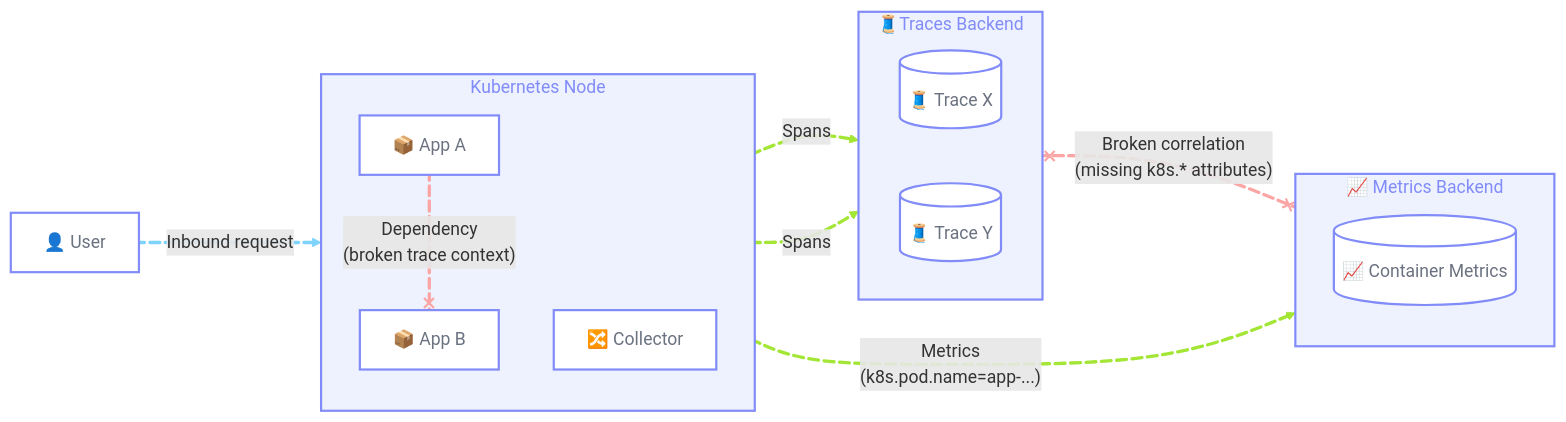
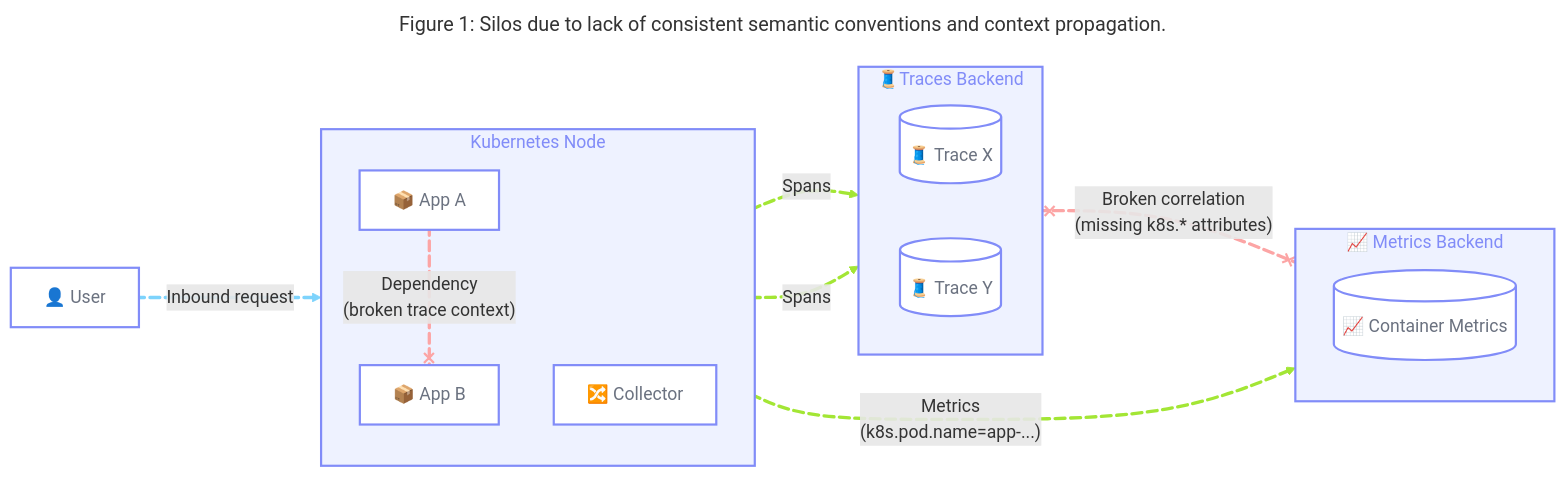
Before and after one commit to open-telemetry/opentelemetry.io: the first of 4 diagrams in content/en/docs/guidance/blueprints/centralized-platforms.md, drawn with Mermaid. The commit also changed other lines of this file, not shown here.

Commit message:
Add titles to diagrams

````diff
--- a/content/en/docs/guidance/blueprints/centralized-platforms.md
+++ b/content/en/docs/guidance/blueprints/centralized-platforms.md
@@ -82,49 +82,50 @@
 ```mermaid
 ---
+title: "Figure 1: Silos due to lack of consistent semantic conventions and context propagation."
 config:
   flowchart:
     curve: basis
 ---
 flowchart LR
   subgraph K8sNode["Kubernetes Node"]
     direction TB
     AppA["📦 App A"]:::node
     AppB["📦 App B"]:::node
     Collector["🔀 Collector"]:::node
   end
 
   subgraph TracesDB["🧵️Traces Backend"]
     direction LR
     TraceX[("🧵 Trace X")]:::node
     TraceY[("🧵 Trace Y")]:::node
   end
 
   subgraph MetricsDB["📈 Metrics Backend"]
     Metrics[("📈 Container Metrics")]:::node
   end
 
   User["👤 User"]:::node
 
   User L_User_AppA@-- Inbound request --> AppA
   AppA L_AppA_AppB@-. "Dependency<br>(broken trace context)" .-x AppB
   TracesDB L_TracesDB_MetricsDB@x-. "Broken correlation<br>(missing k8s.* attributes)" .-x MetricsDB
   AppA L_AppA_TraceX@== Spans ==> TraceX
   AppB L_AppB_TraceY@== Spans ==> TraceY
   Collector L_Collector_MetricsDB@== "Metrics<br>(k8s.pod.name=app-...)" ==> MetricsDB
 
   classDef node fill:#ffffff, stroke:#818cf8, stroke-width:2px, color:#6b7280
   style K8sNode fill:#eef2ff, stroke:#818cf8, stroke-width:2px, color:#818cf8
   style TracesDB fill:#eef2ff, stroke:#818cf8, stroke-width:2px, color:#818cf8
   style MetricsDB fill:#eef2ff, stroke:#818cf8, stroke-width:2px, color:#818cf8
   linkStyle 0 stroke:#7dd3fc, fill:none, stroke-width:3px
   linkStyle 1 stroke:#fca5a5, fill:none, stroke-width:3px
   linkStyle 2 stroke:#fca5a5, fill:none, stroke-width:3px
   linkStyle 3,4,5 stroke:#a3e635, fill:none, stroke-width:3px
 
   L_User_AppA@{ animation: slow }
   L_AppA_AppB@{ animation: slow }
   L_TracesDB_MetricsDB@{ animation: slow }
   L_AppA_TraceX@{ animation: fast }
   L_AppB_TraceY@{ animation: fast }
   L_Collector_MetricsDB@{ animation: fast }
 ```
````
